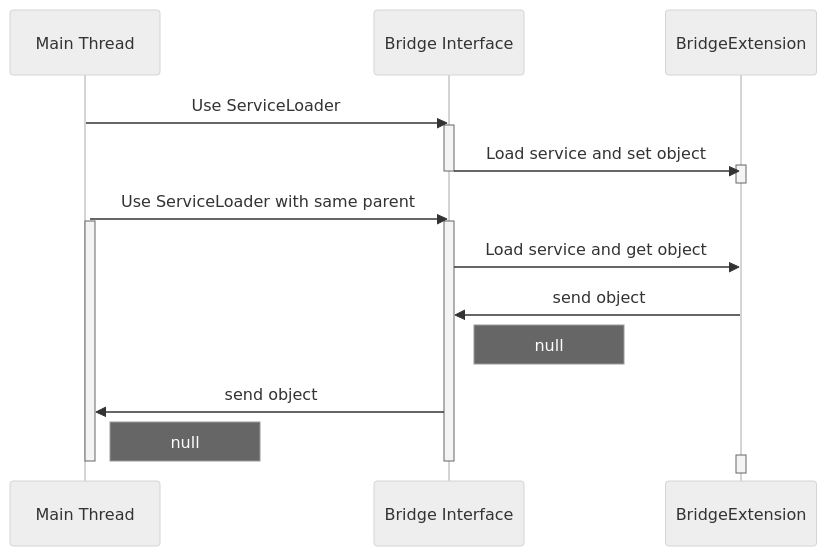
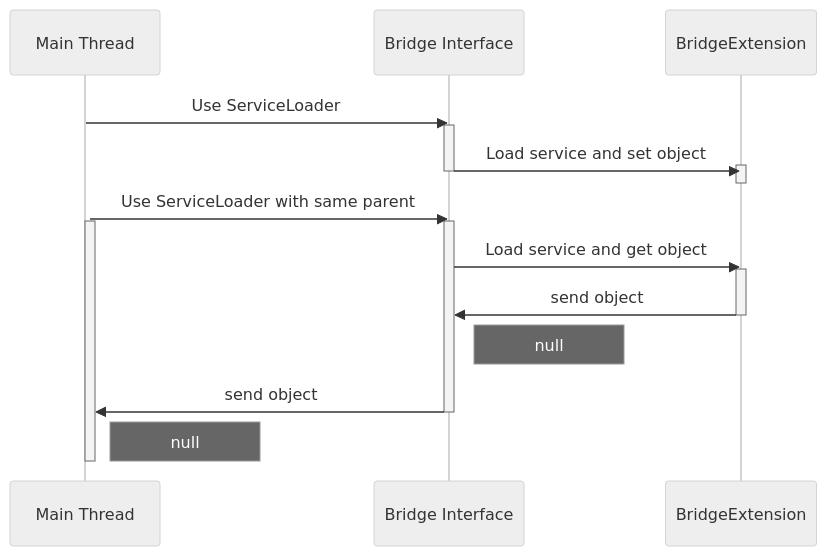
The diagram in README.md (Xenowa/ballerina-tool-plugin-bridge), drawn with Mermaid (neutral theme) before and after one commit. The commit also changed other lines of this file, not shown here.

````diff
--- a/README.md
+++ b/README.md
@@ -3,25 +3,25 @@
 ```mermaid
 sequenceDiagram
     participant Main Thread
     participant Bridge Interface
     participant BridgeExtension
     Main Thread ->> Bridge Interface: Use ServiceLoader
     activate Main Thread
     activate Bridge Interface
     Bridge Interface ->> BridgeExtension: Load service and set object
     deactivate Bridge Interface
     activate BridgeExtension
     deactivate BridgeExtension
     Main Thread ->> Bridge Interface: Use ServiceLoader with same parent
     activate Main Thread
     activate Bridge Interface
     Bridge Interface ->> BridgeExtension: Load service and get object
+    activate BridgeExtension
     BridgeExtension ->> Bridge Interface: send object
+    deactivate BridgeExtension
     Note right of Bridge Interface: null
     Bridge Interface ->> Main Thread: send object
+    deactivate Bridge Interface
     Note right of Main Thread: null
-    deactivate Bridge Interface
-    activate BridgeExtension
-    deactivate BridgeExtension
     deactivate Main Thread
 ```
````
